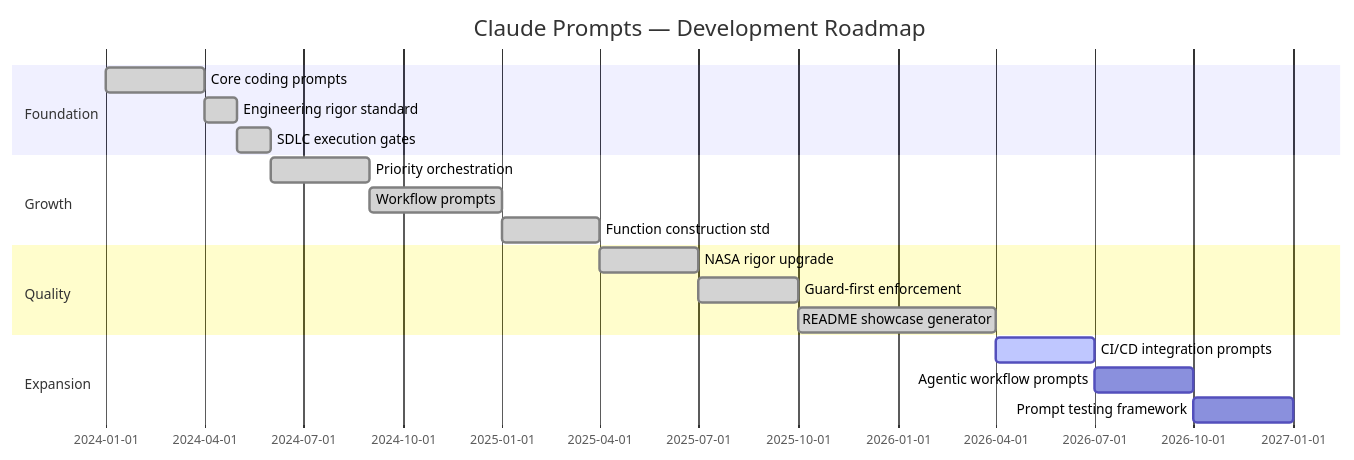
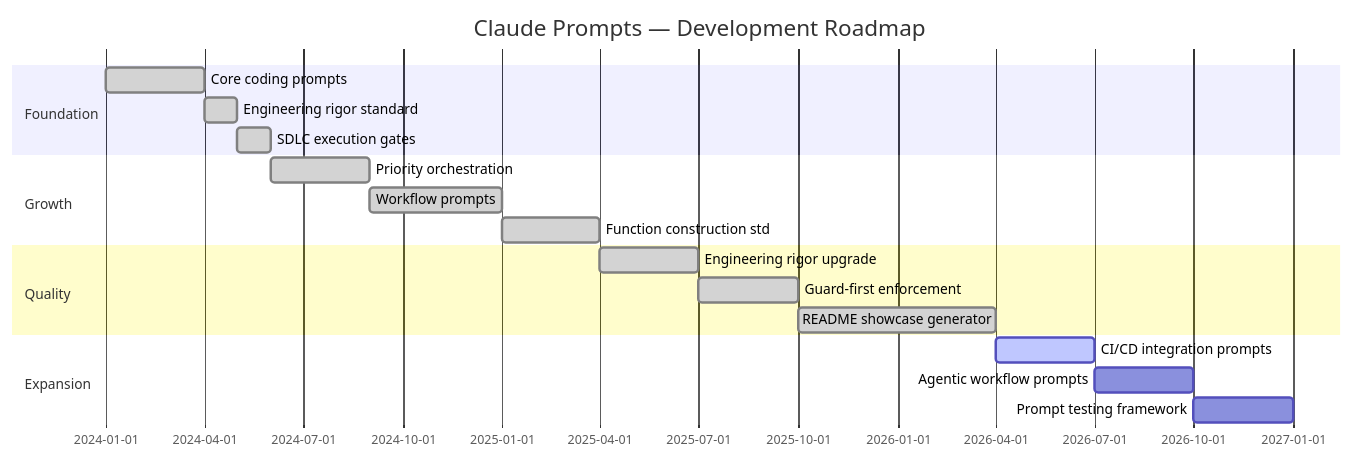
Before and after one commit to hkevin01/claude-prompts: the fifth of 5 diagrams in README.md, drawn with Mermaid. The commit also changed other lines of this file, not shown here.

Commit message:
fix(README): update terminology from NASA-level to mission-critical engineering standards for clarity

````diff
--- a/README.md
+++ b/README.md
@@ -421,21 +421,21 @@
 ```mermaid
 gantt
   title Claude Prompts — Development Roadmap
   dateFormat  YYYY-MM-DD
   section Foundation
     Core coding prompts        :done,    f1, 2024-01-01, 2024-04-01
     Engineering rigor standard :done,    f2, 2024-04-01, 2024-05-01
     SDLC execution gates       :done,    f3, 2024-05-01, 2024-06-01
   section Growth
     Priority orchestration     :done,    g1, 2024-06-01, 2024-09-01
     Workflow prompts           :done,    g2, 2024-09-01, 2025-01-01
     Function construction std  :done,    g3, 2025-01-01, 2025-04-01
   section Quality
-    NASA rigor upgrade         :done,    q1, 2025-04-01, 2025-07-01
+    Engineering rigor upgrade   :done,    q1, 2025-04-01, 2025-07-01
     Guard-first enforcement    :done,    q2, 2025-07-01, 2025-10-01
     README showcase generator  :done,    q3, 2025-10-01, 2026-04-01
   section Expansion
     CI/CD integration prompts  :active,  e1, 2026-04-01, 2026-07-01
     Agentic workflow prompts   :         e2, 2026-07-01, 2026-10-01
     Prompt testing framework   :         e3, 2026-10-01, 2027-01-01
 ```
````
